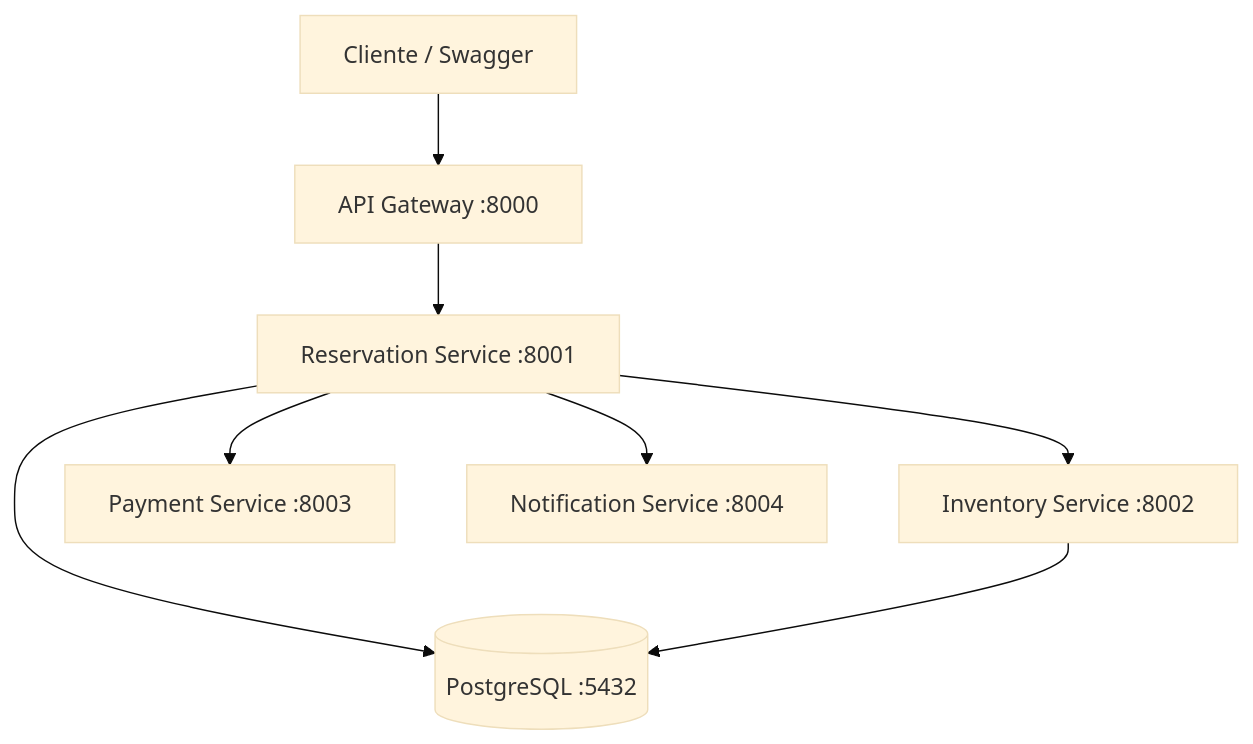
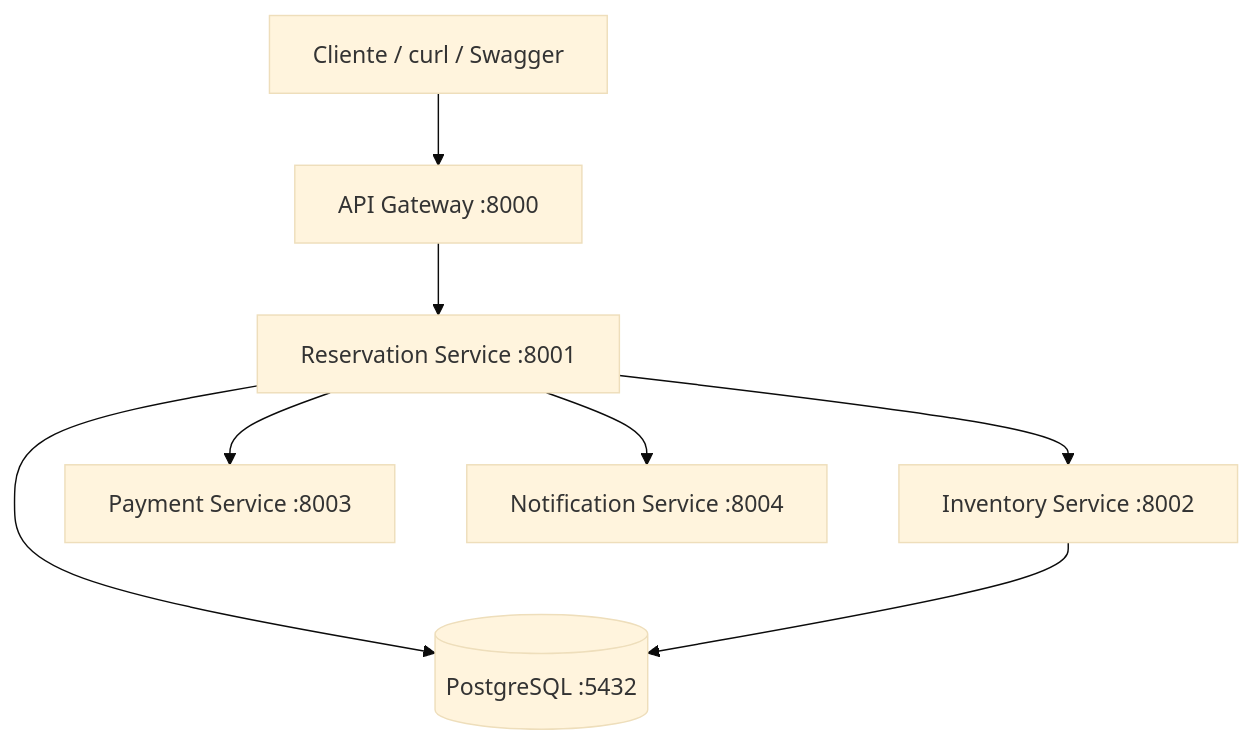
One commit to UPSGabriel/ticket-reservation-system changed the first of 3 diagrams in docs/ARQUITECTURA.md. Above: the diagram before and after it, drawn with Mermaid (base theme). The commit also changed other lines of this file, not shown here.

````diff
--- a/docs/ARQUITECTURA.md
+++ b/docs/ARQUITECTURA.md
@@ -5,10 +16,10 @@
 ```mermaid
 flowchart TD
-    C[Cliente / Swagger] --> G[API Gateway :8000]
+    C[Cliente / curl / Swagger] --> G[API Gateway :8000]
     G --> R[Reservation Service :8001]
     R --> I[Inventory Service :8002]
     R --> P[Payment Service :8003]
     R --> N[Notification Service :8004]
     R --> DB[(PostgreSQL :5432)]
     I --> DB
 ```
````
